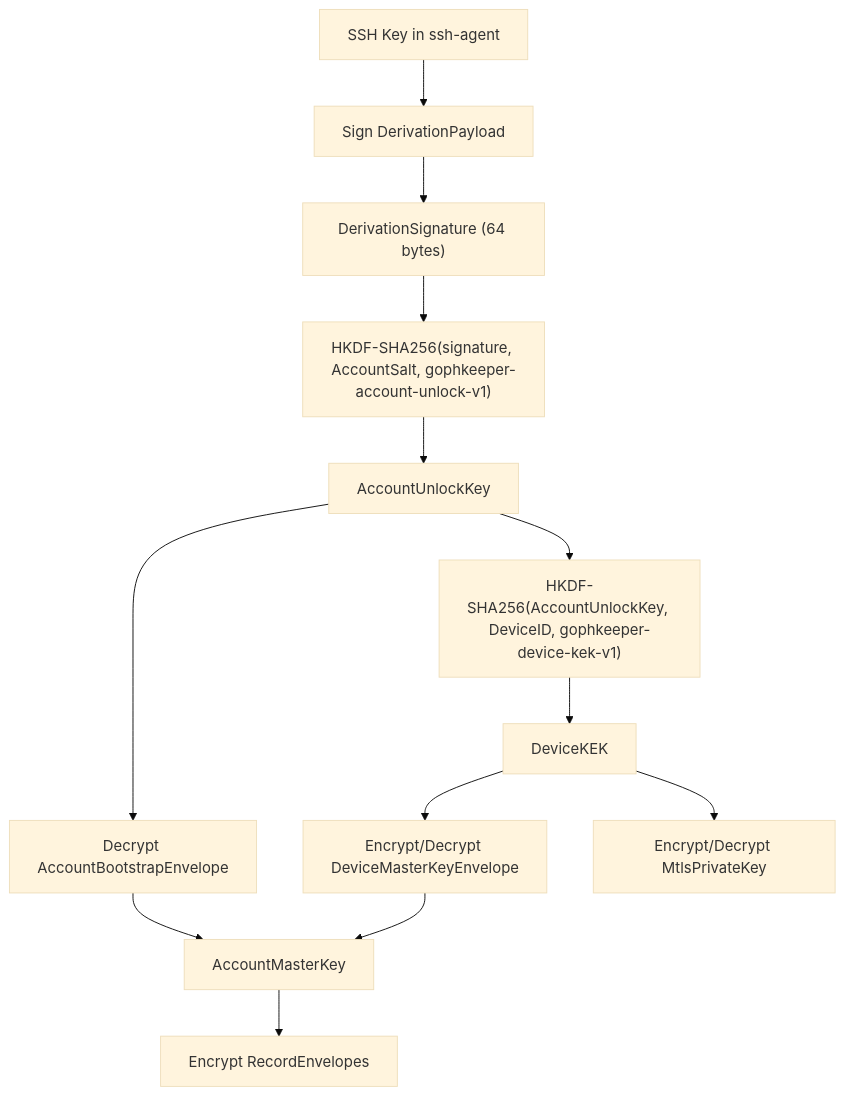
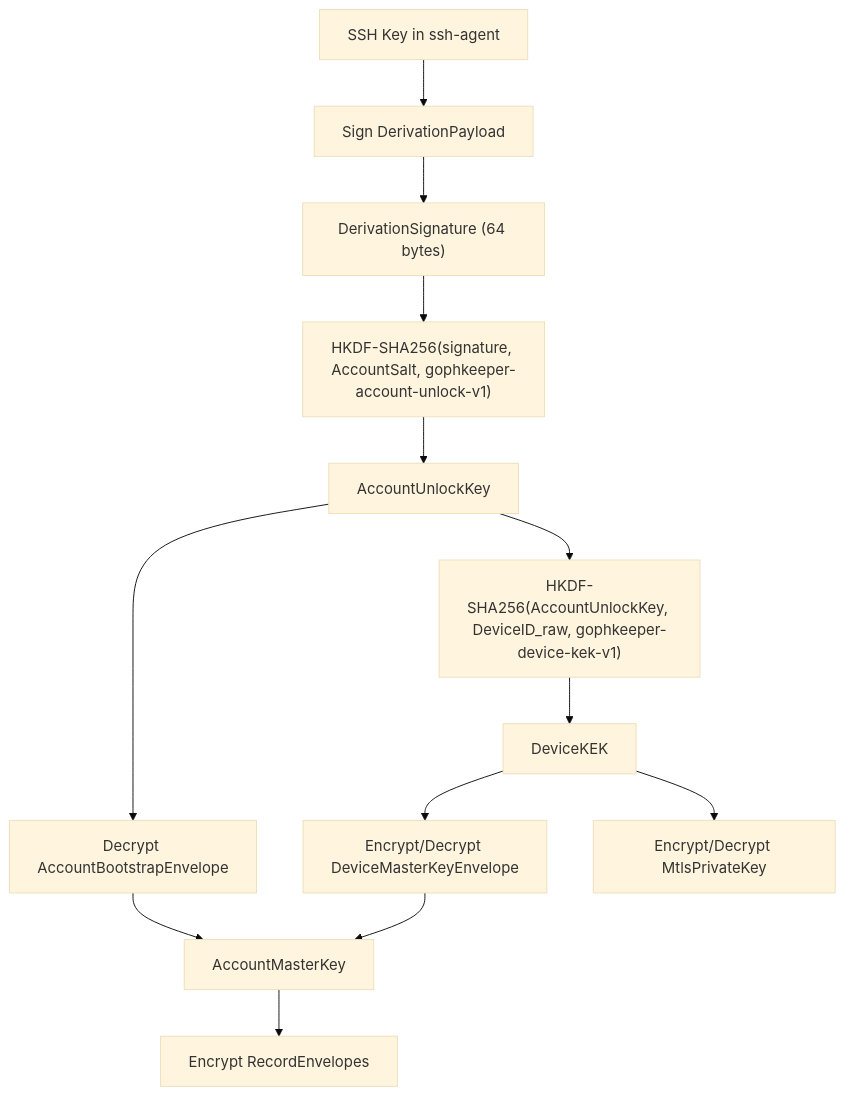
Before and after one commit to IlVin/GophKeeper: the first of 6 diagrams in SPEC.md, drawn with Mermaid (base theme). The commit also changed other lines of this file and 39 other files, not shown here.

````diff
--- a/SPEC.md
+++ b/SPEC.md
@@ -149,16 +171,16 @@
 ```mermaid
 flowchart TD
     A["SSH Key in ssh-agent"] --> B["Sign DerivationPayload"]
     B --> C["DerivationSignature (64 bytes)"]
     C --> D["HKDF-SHA256(signature, AccountSalt, gophkeeper-account-unlock-v1)"]
     D --> E["AccountUnlockKey"]
     E --> F["Decrypt AccountBootstrapEnvelope"]
     F --> G["AccountMasterKey"]
     G --> H["Encrypt RecordEnvelopes"]
 
-    E --> I["HKDF-SHA256(AccountUnlockKey, DeviceID, gophkeeper-device-kek-v1)"]
+    E --> I["HKDF-SHA256(AccountUnlockKey, DeviceID_raw, gophkeeper-device-kek-v1)"]
     I --> J["DeviceKEK"]
     J --> K["Encrypt/Decrypt DeviceMasterKeyEnvelope"]
     J --> L["Encrypt/Decrypt MtlsPrivateKey"]
     K --> G
 ```
````
